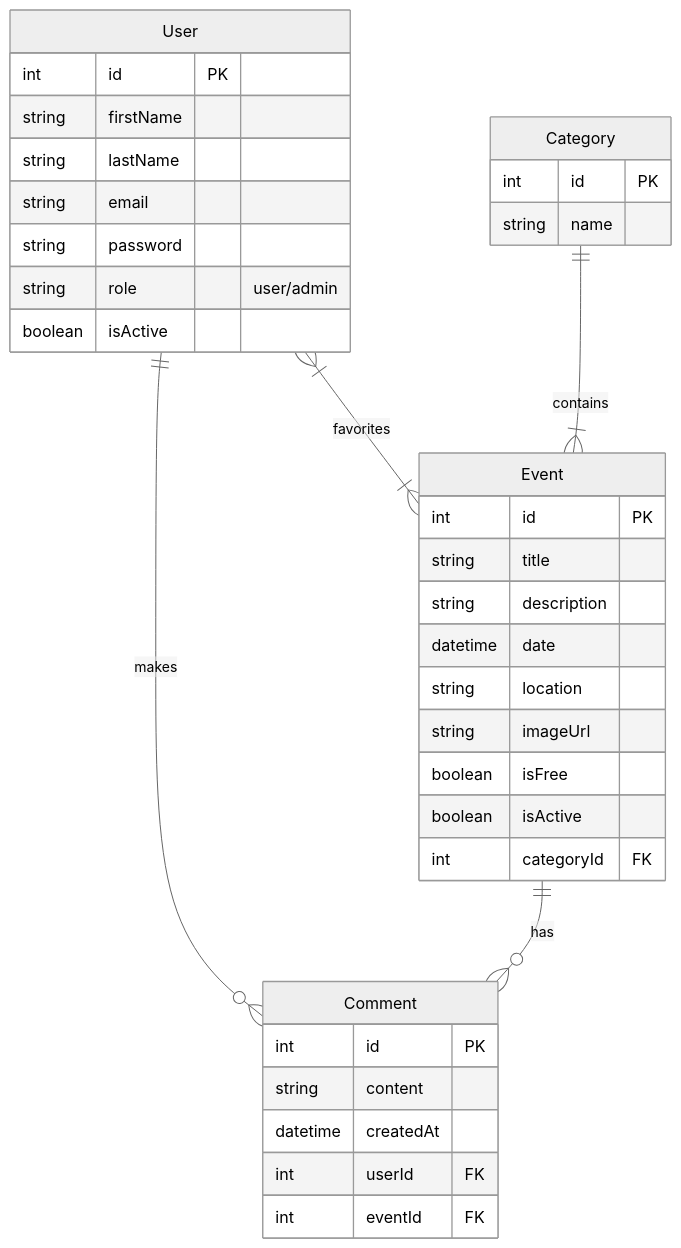
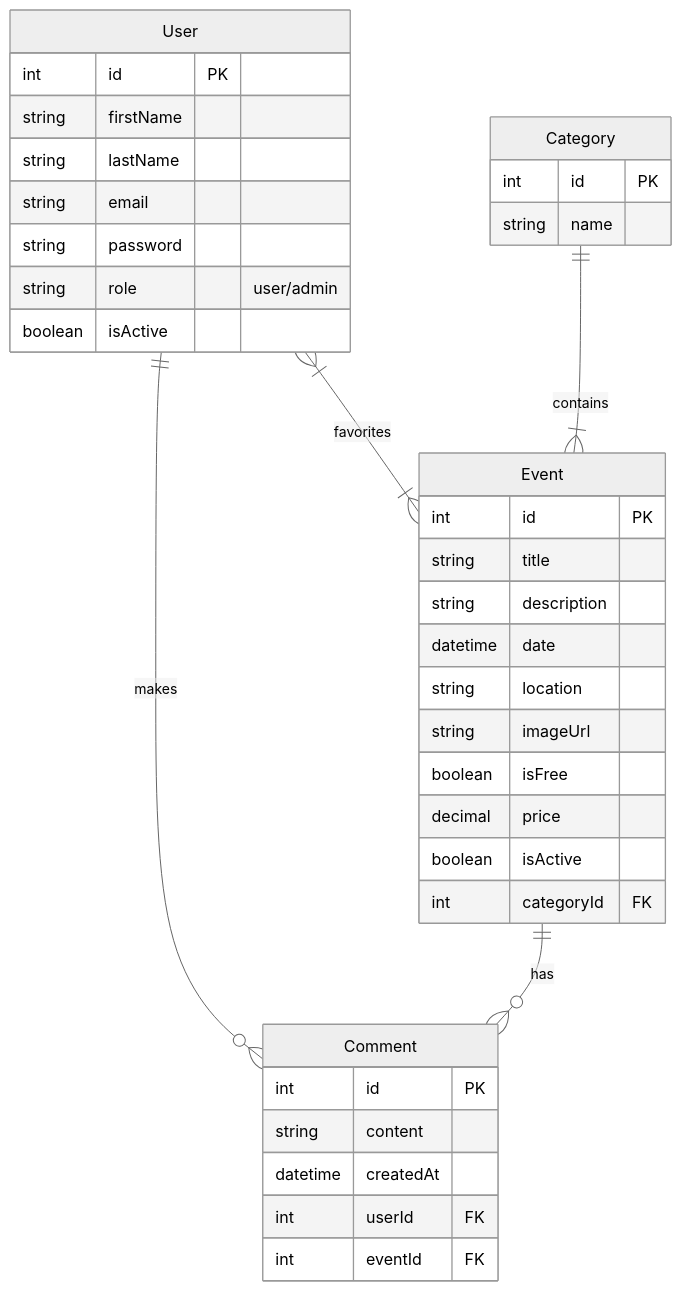
One commit to ErayUlgen/Web-Donem-sonu-odevi changed the diagram in REPORT.md. Above: the diagram before and after it, drawn with Mermaid (neutral theme). The commit also changed other lines of this file, not shown here.

Commit message:
docs: update final report with price field and deployment links

````diff
--- a/REPORT.md
+++ b/REPORT.md
@@ -54,42 +54,43 @@
 ```mermaid
 erDiagram
     User ||--o{ Comment : "makes"
     User }|--|{ Event : "favorites"
     Category ||--|{ Event : "contains"
     Event ||--o{ Comment : "has"
 
     User {
         int id PK
         string firstName
         string lastName
         string email
         string password
         string role "user/admin"
         boolean isActive
     }
 
     Event {
         int id PK
         string title
         string description
         datetime date
         string location
         string imageUrl
         boolean isFree
+        decimal price
         boolean isActive
         int categoryId FK
     }
 
     Category {
         int id PK
         string name
     }
 
     Comment {
         int id PK
         string content
         datetime createdAt
         int userId FK
         int eventId FK
     }
 ```
````
